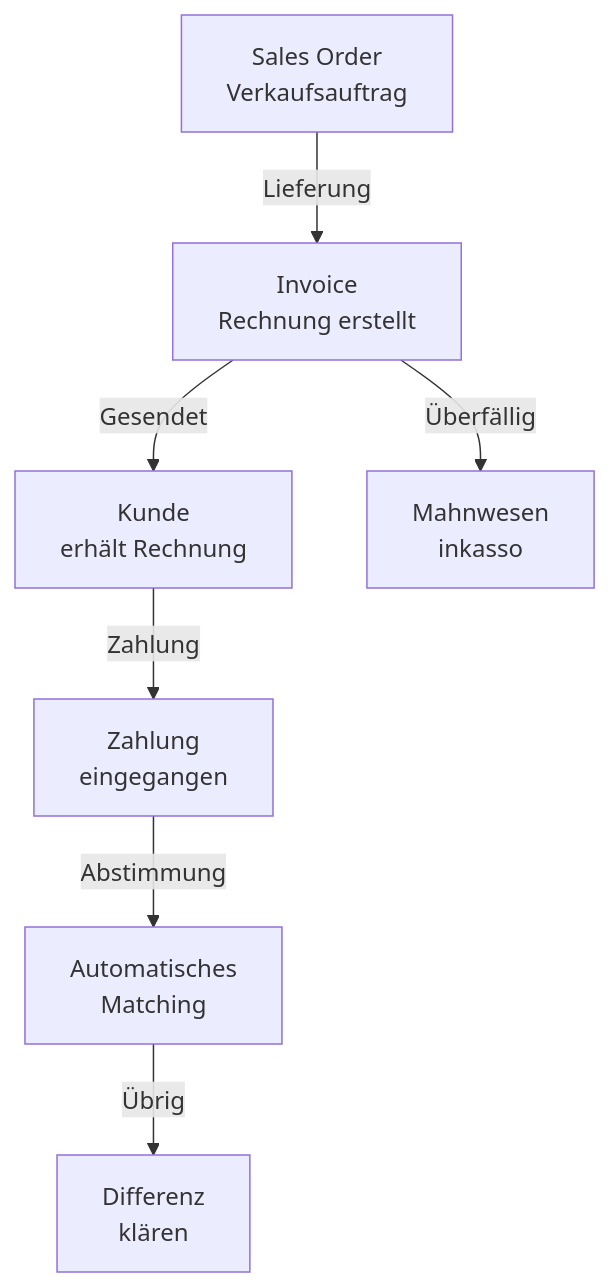
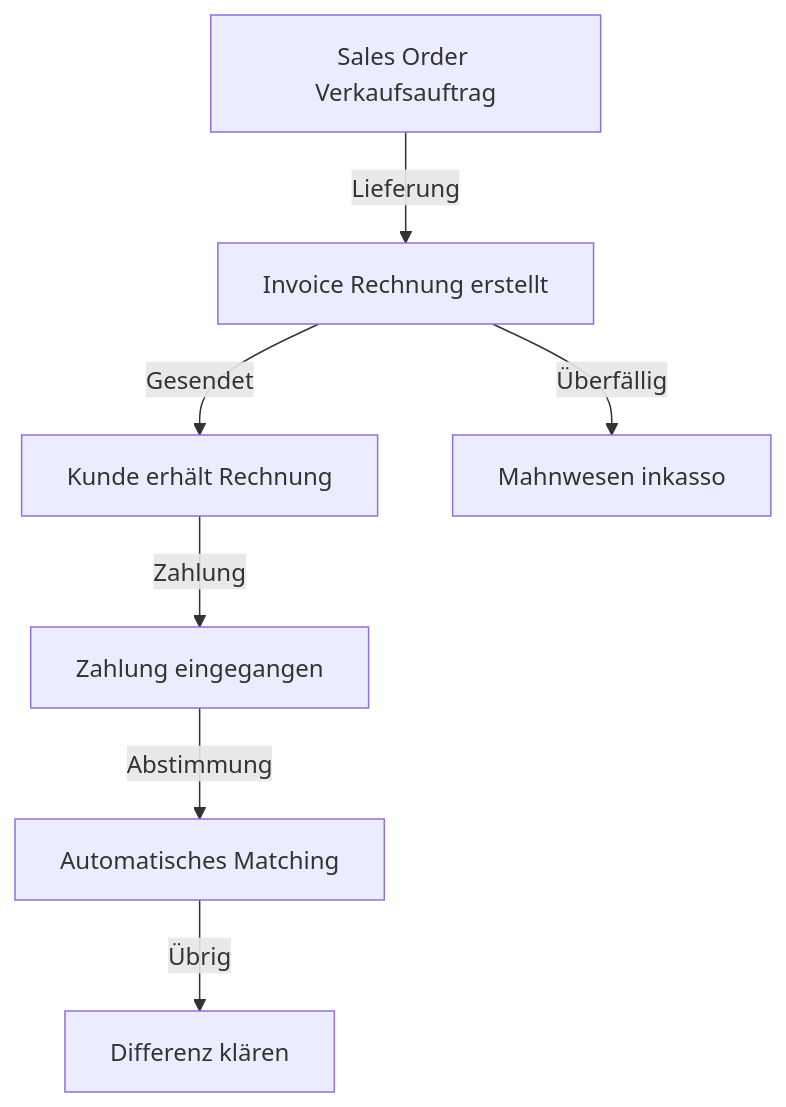
One commit to SoniiiT/notes-n-docs changed the second of 6 diagrams in Microsoft 365/Dynamics 365/Dynamics 365 Finance.md. Above: the diagram before and after it, drawn with Mermaid. The commit also changed other lines of this file and 124 other files, not shown here.

First line of the commit message:
fix: Entferne \n aus allen Mermaid-Diagrammen (125 Dateien)

````diff
--- a/Microsoft 365/Dynamics 365/Dynamics 365 Finance.md
+++ b/Microsoft 365/Dynamics 365/Dynamics 365 Finance.md
@@ -78,9 +78,9 @@
 ```mermaid
 graph TD
-    SO[Sales Order\nVerkaufsauftrag] -->|Lieferung| INV[Invoice\nRechnung erstellt]
-    INV -->|Gesendet| CUST[Kunde\nerhält Rechnung]
-    CUST -->|Zahlung| PAY[Zahlung\neingegangen]
-    PAY -->|Abstimmung| MATCH[Automatisches\nMatching]
-    MATCH -->|Übrig| DIFF[Differenz\nklären]
-    INV -->|Überfällig| COL[Mahnwesen\ninkasso]
+    SO[Sales Order Verkaufsauftrag] -->|Lieferung| INV[Invoice Rechnung erstellt]
+    INV -->|Gesendet| CUST[Kunde erhält Rechnung]
+    CUST -->|Zahlung| PAY[Zahlung eingegangen]
+    PAY -->|Abstimmung| MATCH[Automatisches Matching]
+    MATCH -->|Übrig| DIFF[Differenz klären]
+    INV -->|Überfällig| COL[Mahnwesen inkasso]
 ```
````
